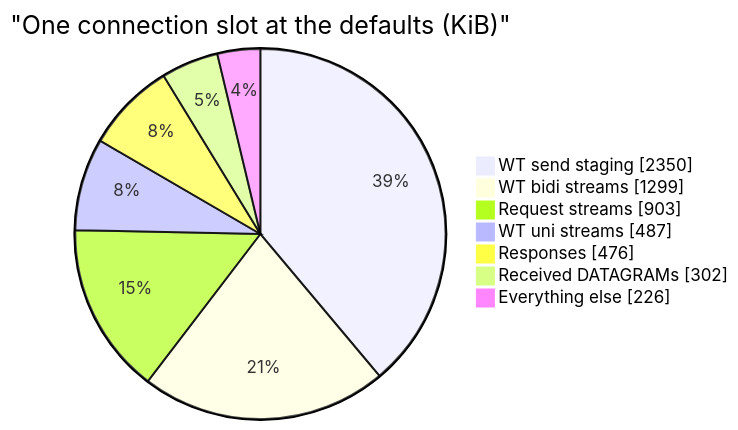
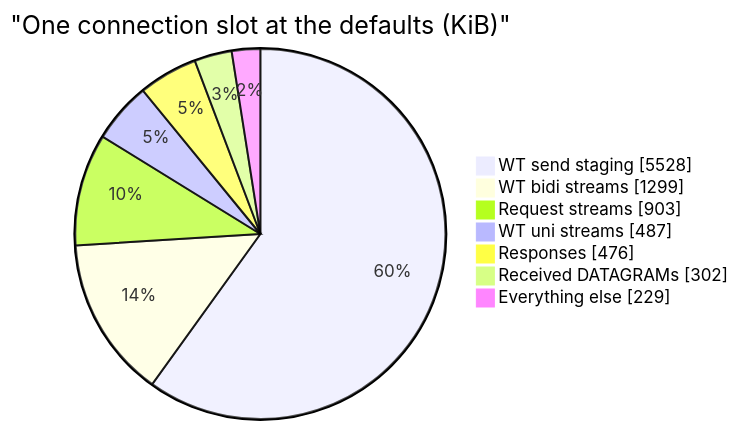
One commit to Hakkadaikon/wired changed the second of 9 diagrams in docs/architecture/memory.md. Above: the diagram before and after it, drawn with Mermaid. The commit also changed other lines of this file and 4 other files, not shown here.

````diff
--- a/docs/architecture/memory.md
+++ b/docs/architecture/memory.md
@@ -59,11 +59,11 @@
 ```mermaid
 pie showData
     title "One connection slot at the defaults (KiB)"
-    "WT send staging" : 2350
+    "WT send staging" : 5528
     "WT bidi streams" : 1299
     "Request streams" : 903
     "WT uni streams" : 487
     "Responses" : 476
     "Received DATAGRAMs" : 302
-    "Everything else" : 226
+    "Everything else" : 229
 ```
````
